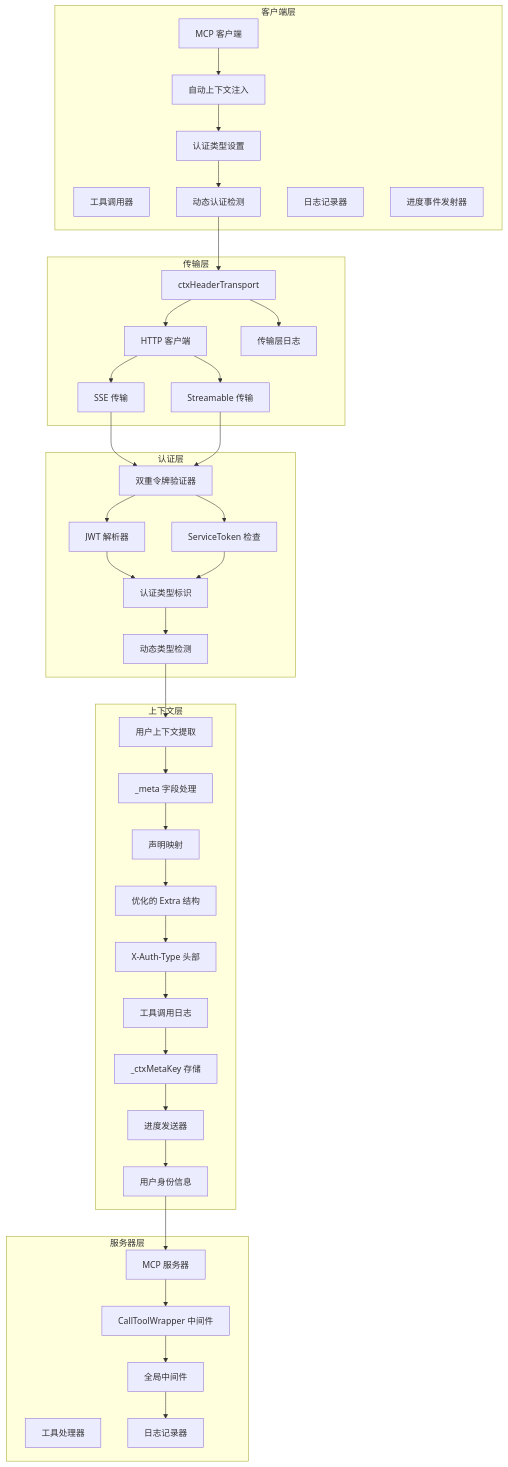
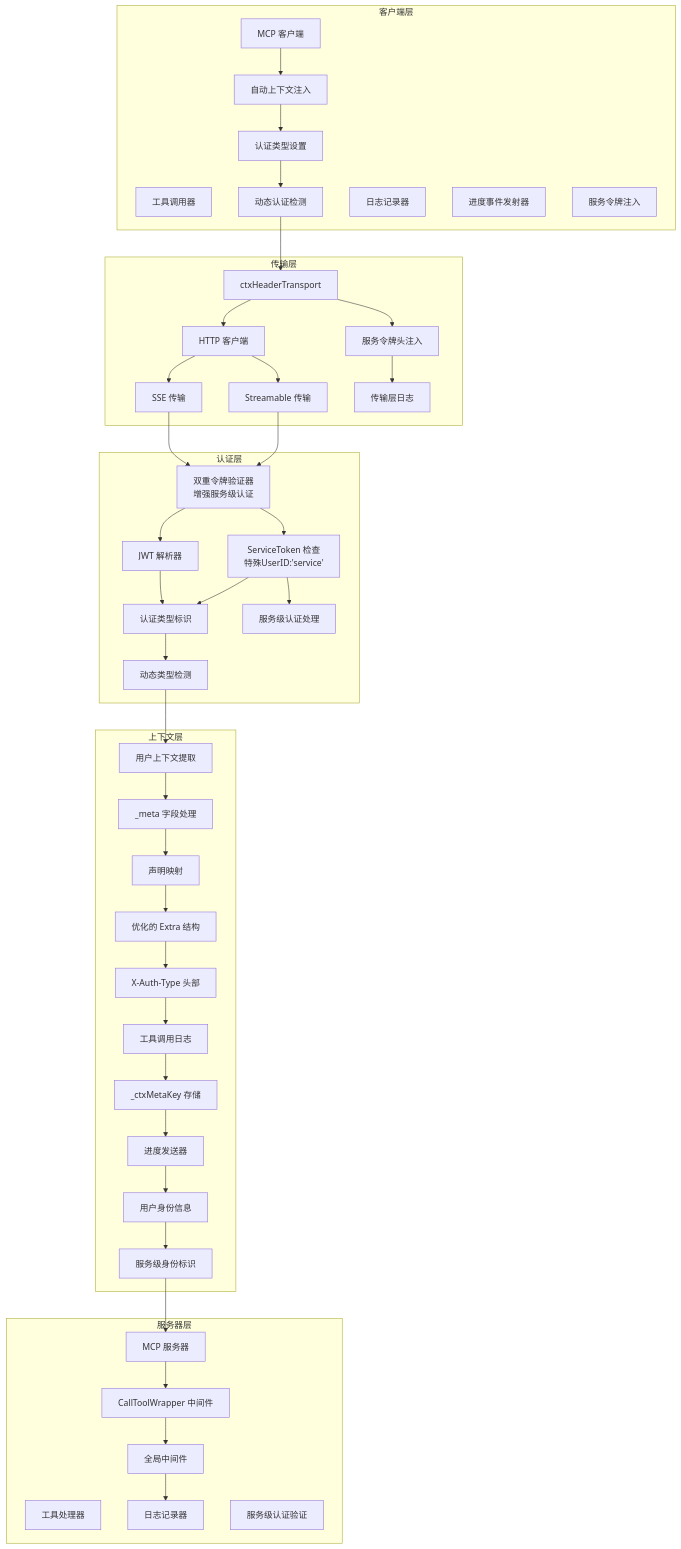
The fifth of 10 diagrams in .qoder/repowiki/zh/content/Mcpx Authentication System.md (maomao94/zero-service), drawn with Mermaid before and after one commit. The commit also changed other lines of this file and 58 other files, not shown here.

````diff
--- a/.qoder/repowiki/zh/content/Mcpx Authentication System.md
+++ b/.qoder/repowiki/zh/content/Mcpx Authentication System.md
@@ -312,72 +271,80 @@
 ```mermaid
 graph TB
 subgraph "客户端层"
 A[MCP 客户端]
 B[工具调用器]
 C[自动上下文注入]
 D[认证类型设置]
 E[动态认证检测]
 F[日志记录器]
 G[进度事件发射器]
+H[服务令牌注入]
 end
 subgraph "传输层"
-H[HTTP 客户端]
-I[SSE 传输]
-J[Streamable 传输]
-K[ctxHeaderTransport]
-L[传输层日志]
+I[HTTP 客户端]
+J[SSE 传输]
+K[Streamable 传输]
+L[ctxHeaderTransport]
+M[传输层日志]
+N[服务令牌头注入]
 end
 subgraph "认证层"
-M[双重令牌验证器]
-N[JWT 解析器]
-O[ServiceToken 检查]
-P[认证类型标识]
-Q[动态类型检测]
+O[双重令牌验证器<br/>增强服务级认证]
+P[JWT 解析器]
+Q[ServiceToken 检查<br/>特殊UserID:'service']
+R[认证类型标识]
+S[动态类型检测]
+T[服务级认证处理]
 end
 subgraph "上下文层"
-R[用户上下文提取]
-S[_meta 字段处理]
-T[声明映射]
-U[优化的 Extra 结构]
-V[X-Auth-Type 头部]
-W[工具调用日志]
-X[_ctxMetaKey 存储]
-Y[进度发送器]
-Z[用户身份信息]
+U[用户上下文提取]
+V[_meta 字段处理]
+W[声明映射]
+X[优化的 Extra 结构]
+Y[X-Auth-Type 头部]
+Z[工具调用日志]
+AA[_ctxMetaKey 存储]
+BB[进度发送器]
+CC[用户身份信息]
+DD[服务级身份标识]
 end
 subgraph "服务器层"
-AA[MCP 服务器]
-BB[工具处理器]
-CC[CallToolWrapper 中间件]
-DD[全局中间件]
-EE[日志记录器]
+EE[MCP 服务器]
+FF[工具处理器]
+GG[CallToolWrapper 中间件]
+HH[全局中间件]
+II[日志记录器]
+JJ[服务级认证验证]
 end
 A --> C
 C --> D
 D --> E
-E --> K
-K --> L
-K --> H
-H --> I
-H --> J
-I --> M
-J --> M
-M --> N
-M --> O
-N --> P
+E --> L
+L --> N
+N --> M
+L --> I
+I --> J
+I --> K
+J --> O
+K --> O
 O --> P
-P --> Q
+O --> Q
+Q --> T
+P --> R
 Q --> R
 R --> S
-S --> T
-T --> U
+S --> U
 U --> V
 V --> W
 W --> X
 X --> Y
 Y --> Z
 Z --> AA
-AA --> CC
+AA --> BB
+BB --> CC
 CC --> DD
 DD --> EE
+EE --> GG
+GG --> HH
+HH --> II
 ```
````
